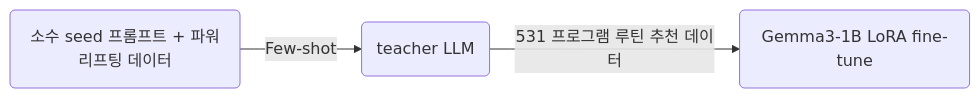
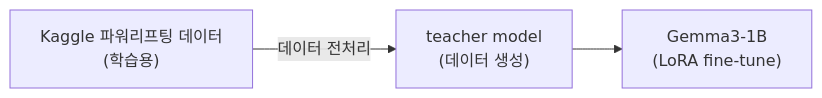
One commit to daehyun99/BurnFit-AI-developer-assignment changed the second of 3 diagrams in docs/model_training.md. Above: the diagram before and after it, drawn with Mermaid. The commit also changed other lines of this file and 6 other files, not shown here.

````diff
--- a/docs/model_training.md
+++ b/docs/model_training.md
@@ -53,5 +32,5 @@
 ```mermaid
 graph LR
-  A(소수 seed 프롬프트 + 파워리프팅 데이터) --> |Few-shot| B(teacher LLM)
-  B --> |531 프로그램 루틴 추천 데이터| C(Gemma3-1B LoRA fine-tune)
+  A["Kaggle 파워리프팅 데이터<br>(학습용)"] --> |데이터 전처리| B["teacher model<br>(데이터 생성)"]
+  B --> C["Gemma3-1B<br>(LoRA fine-tune)"]
 ```
````
